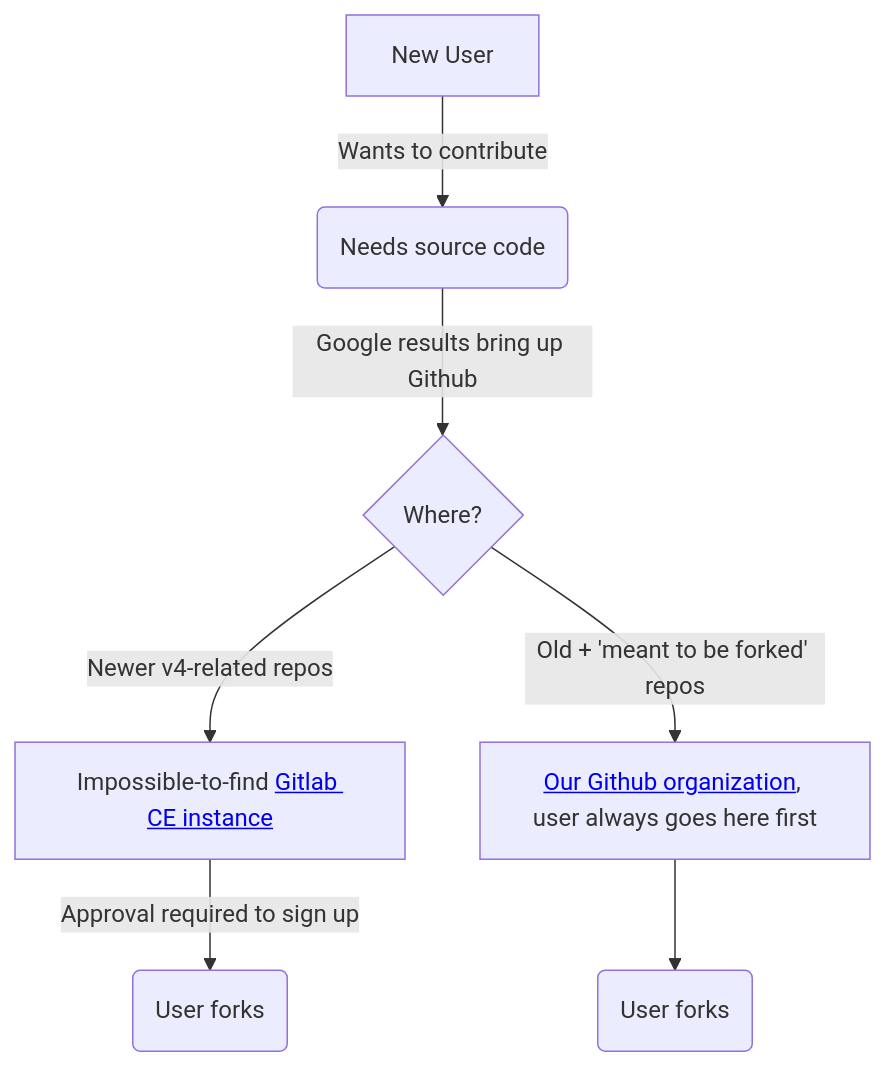
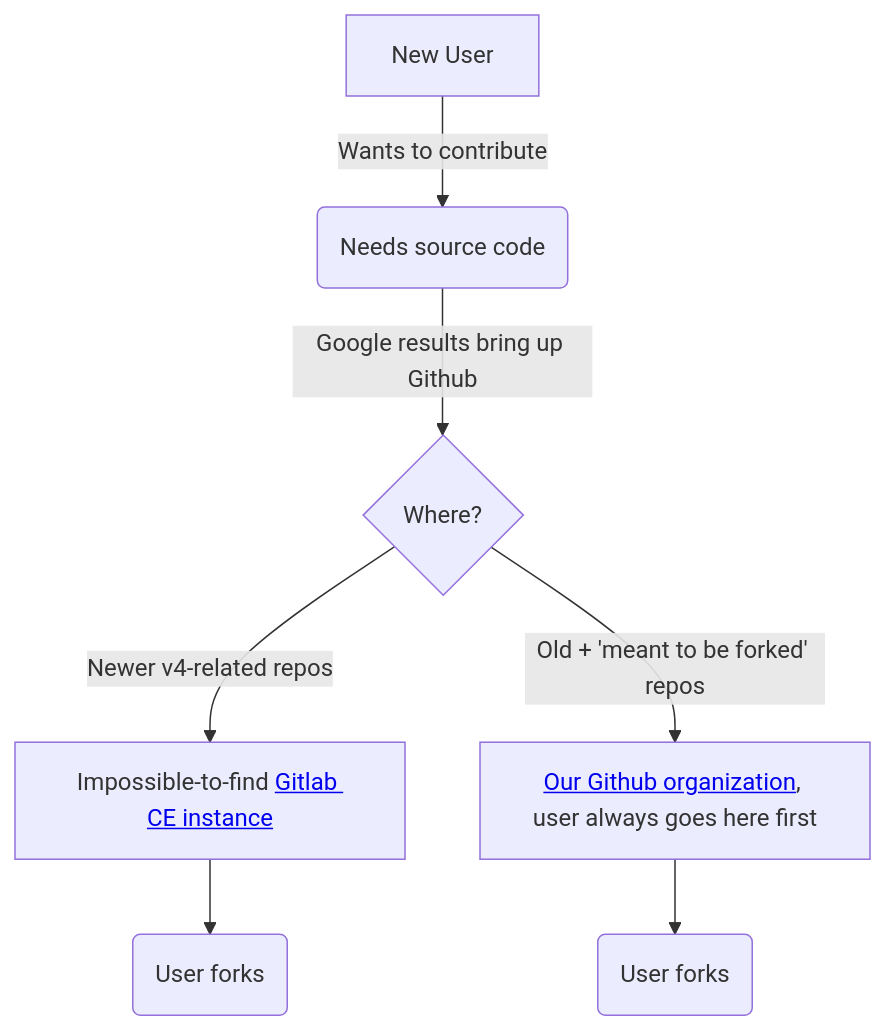
Before and after one commit to blend-os/website: the diagram in docs/contributing.md, drawn with Mermaid. The commit also changed other lines of this file and 6 other files, not shown here.

````diff
--- a/docs/contributing.md
+++ b/docs/contributing.md
@@ -16,9 +16,9 @@
 ```mermaid
 flowchart TD
     A[New User] -->|Wants to contribute| B(Needs source code)
     B -->|Google results bring up Github| C{Where?}
     C -->|Newer v4-related repos| D[Impossible-to-find <a href="https://git.blendos.co/blendos" target="_blank" rel="noopener noreferrer">Gitlab CE instance</a>]
     C -->|Old + 'meant to be forked' repos| E[<a href="https://github.com/blend-os" target="_blank" rel="noopener noreferrer">Our Github organization</a>, user always goes here first]
-    D -->|Approval required to sign up| F(User forks)
+    D --> F(User forks)
     E --> G(User forks)
 ```
````
